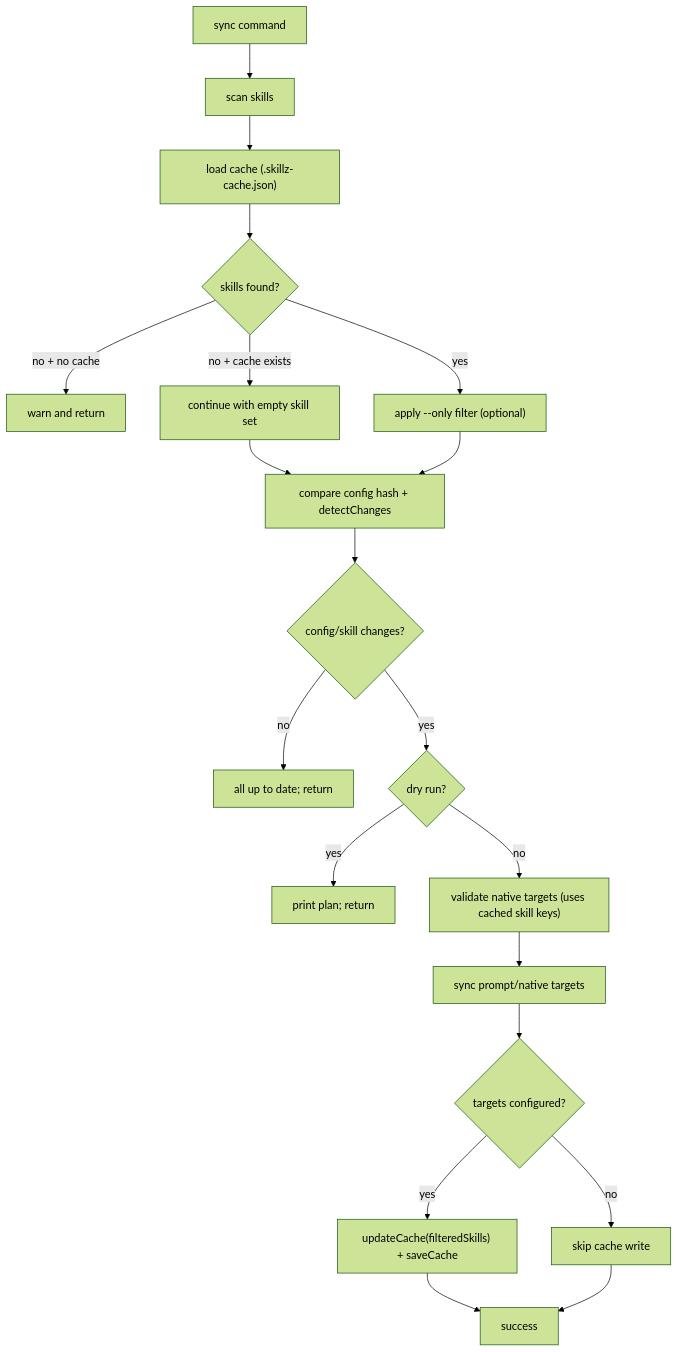
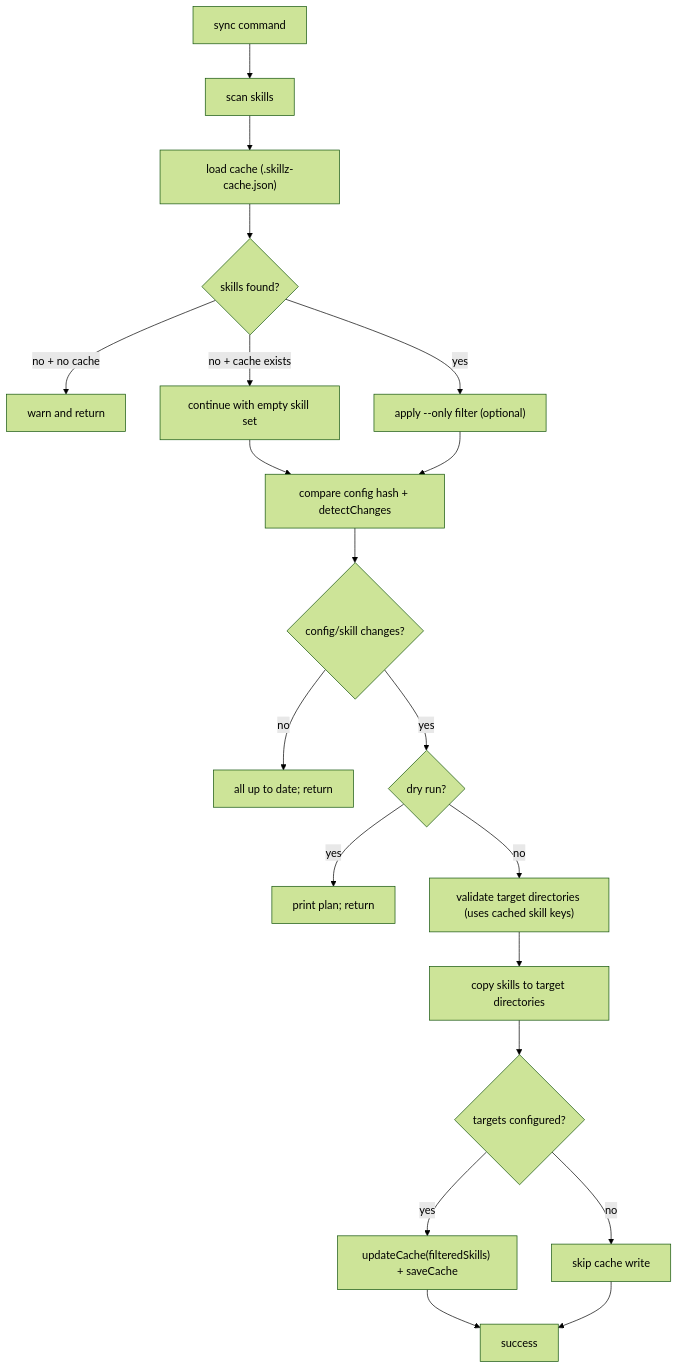
One commit to kevinslin/skillz changed the diagram in docs/project/architecture/current/flow-cache.md. Above: the diagram before and after it, drawn with Mermaid (forest theme). The commit also changed other lines of this file and 29 other files, not shown here.

````diff
--- a/docs/project/architecture/current/flow-cache.md
+++ b/docs/project/architecture/current/flow-cache.md
@@ -131,22 +149,22 @@
 ```mermaid
 flowchart TD
   A["sync command"] --> B["scan skills"]
   B --> C["load cache (.skillz-cache.json)"]
   C --> D{"skills found?"}
   D -- "no + no cache" --> E["warn and return"]
   D -- "no + cache exists" --> F["continue with empty skill set"]
   D -- "yes" --> G["apply --only filter (optional)"]
   F --> H["compare config hash + detectChanges"]
   G --> H
   H --> I{"config/skill changes?"}
   I -- "no" --> J["all up to date; return"]
   I -- "yes" --> K{"dry run?"}
   K -- "yes" --> L["print plan; return"]
-  K -- "no" --> M["validate native targets (uses cached skill keys)"]
-  M --> N["sync prompt/native targets"]
+  K -- "no" --> M["validate target directories (uses cached skill keys)"]
+  M --> N["copy skills to target directories"]
   N --> O{"targets configured?"}
   O -- "yes" --> P["updateCache(filteredSkills) + saveCache"]
   O -- "no" --> Q["skip cache write"]
   P --> R["success"]
   Q --> R
 ```
````
